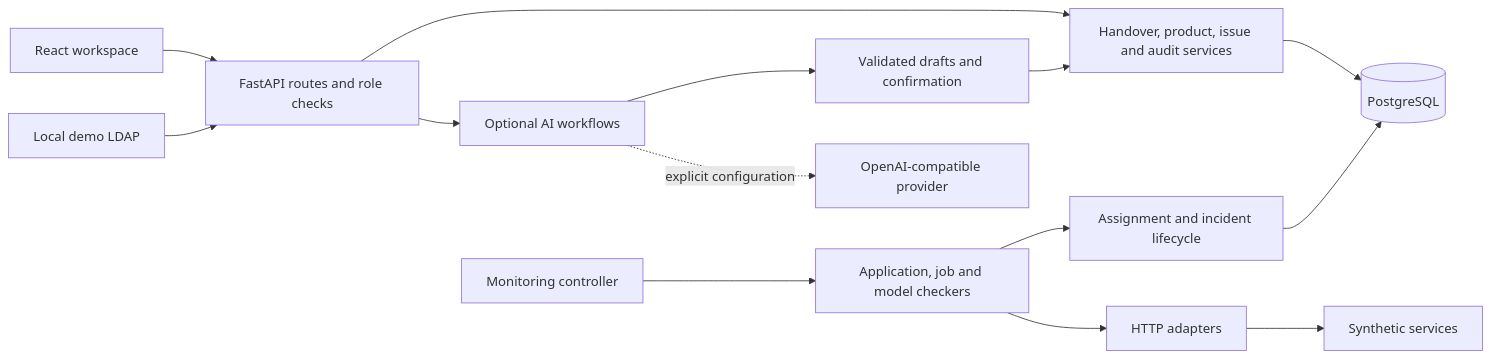
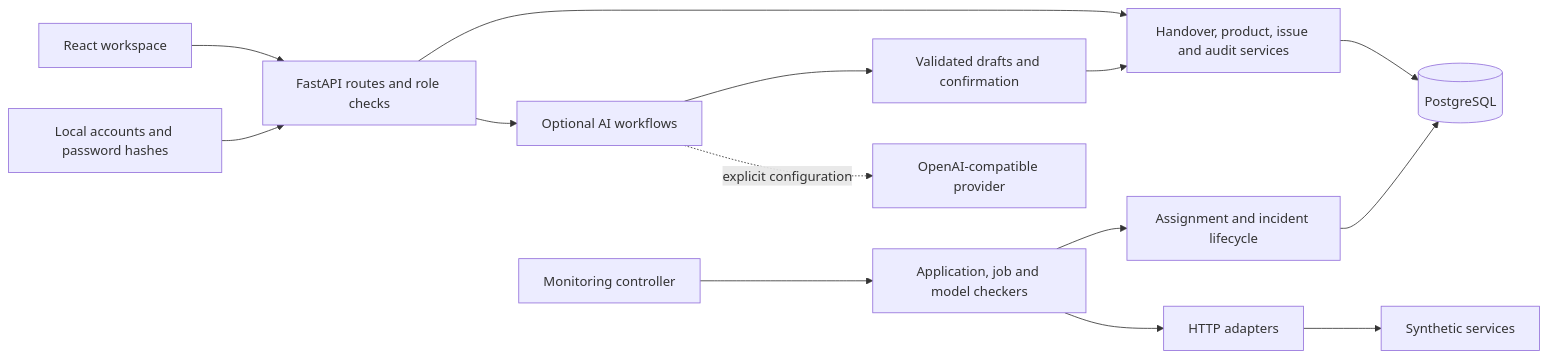
One commit to yhnapoleon/RelayOps changed the diagram in docs/ARCHITECTURE.md. Above: the diagram before and after it, drawn with Mermaid. The commit also changed 51 other files, not shown here.

First line of the commit message:
Replace directory authentication with local accounts

````diff
--- a/docs/ARCHITECTURE.md
+++ b/docs/ARCHITECTURE.md
@@ -3,16 +3,16 @@
 ```mermaid
 flowchart LR
     UI[React workspace] --> API[FastAPI routes and role checks]
     API --> Services[Handover, product, issue and audit services]
     Services --> DB[(PostgreSQL)]
-    Directory[Local demo LDAP] --> API
+    Accounts[Local accounts and password hashes] --> API
     Controller[Monitoring controller] --> Checkers[Application, job and model checkers]
     Checkers --> Adapters[HTTP adapters]
     Adapters --> Mocks[Synthetic services]
     Checkers --> Incidents[Assignment and incident lifecycle]
     Incidents --> DB
     API --> Assistant[Optional AI workflows]
     Assistant --> Proposals[Validated drafts and confirmation]
     Proposals --> Services
     Assistant -. explicit configuration .-> LLM[OpenAI-compatible provider]
 ```
````
